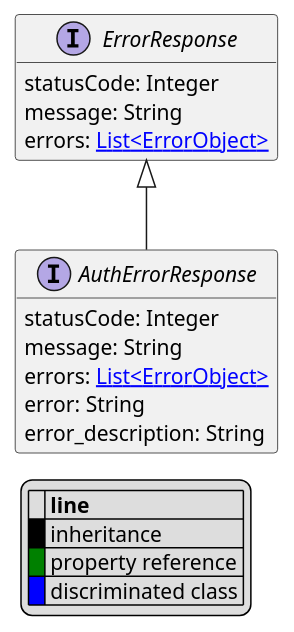
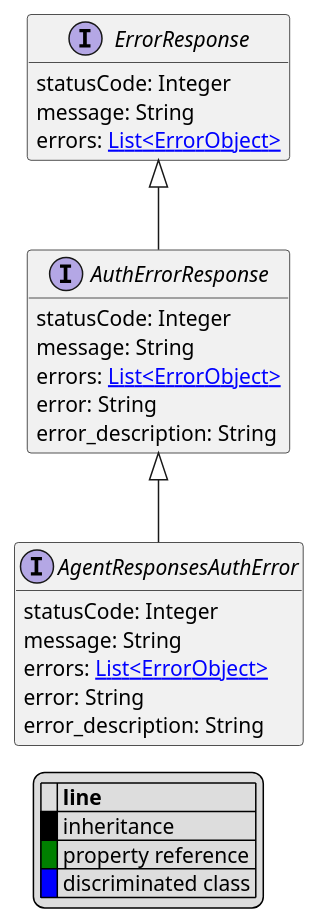
One commit to commercetools/commercetools-api-reference changed the diagram in uml/api/AuthErrorResponse.puml. Above: the diagram before and after it, drawn with PlantUML. The commit also changed 1935 other files, not shown here.

```diff
--- a/uml/api/AuthErrorResponse.puml
+++ b/uml/api/AuthErrorResponse.puml
@@ -1,28 +1,34 @@
 @startuml
 
 hide empty fields
 hide empty methods
 legend
 |= |= line |
 |<back:black>   </back>| inheritance |
 |<back:green>   </back>| property reference |
 |<back:blue>   </back>| discriminated class |
 endlegend
 interface AuthErrorResponse [[AuthErrorResponse.svg]] extends ErrorResponse {
     statusCode: Integer
     message: String
     errors: [[ErrorObject.svg List<ErrorObject>]]
     error: String
     error_description: String
 }
 interface ErrorResponse [[ErrorResponse.svg]]  {
     statusCode: Integer
     message: String
     errors: [[ErrorObject.svg List<ErrorObject>]]
 }
-
+interface AgentResponsesAuthError [[AgentResponsesAuthError.svg]] extends AuthErrorResponse {
+    statusCode: Integer
+    message: String
+    errors: [[ErrorObject.svg List<ErrorObject>]]
+    error: String
+    error_description: String
+}
 
 
 
 
 @enduml
```
